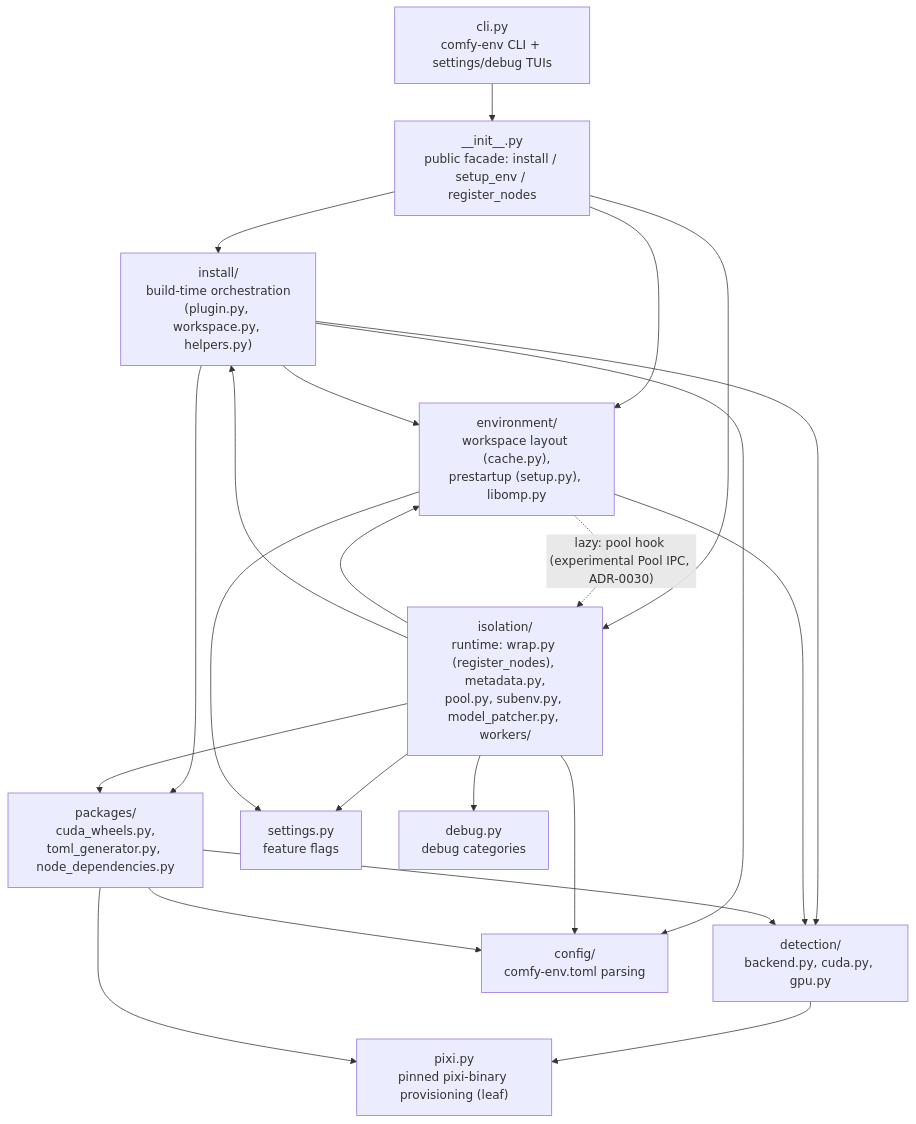
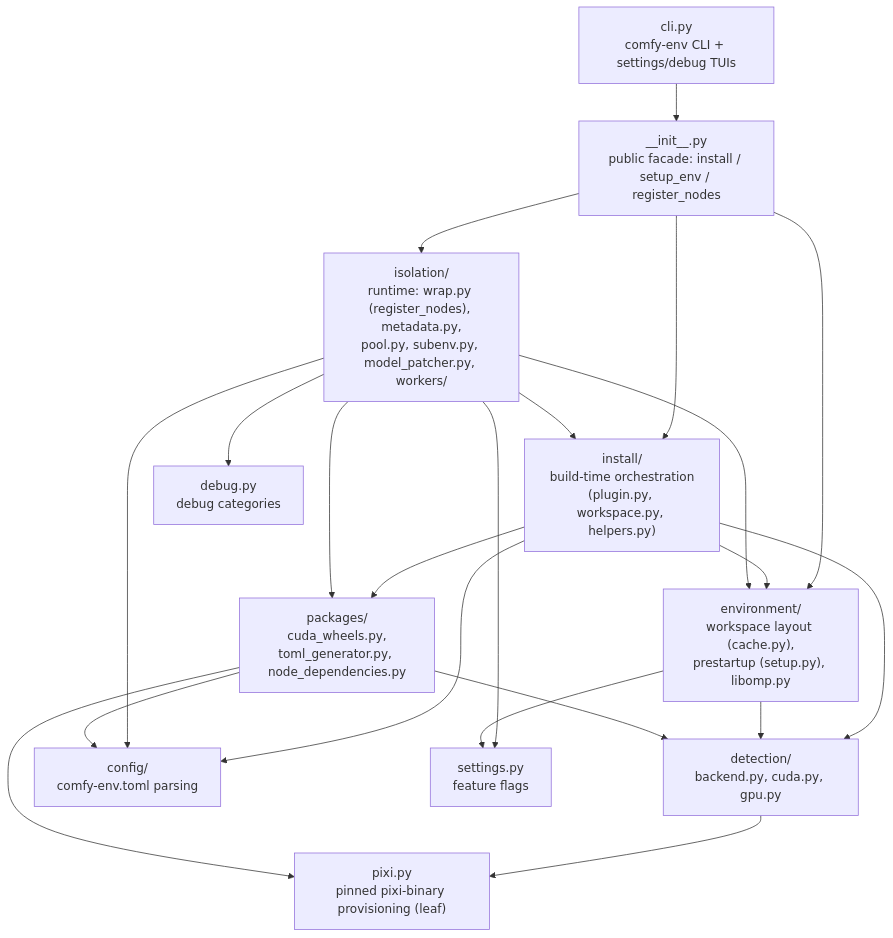
Before and after one commit to Comfy-Forge/comfy-forge-docs: the second of 4 diagrams in docs/comfy-env/index.md, drawn with Mermaid. The commit also changed other lines of this file and 9 other files, not shown here.

First line of the commit message:
docs: no remaining import cycles (0.4.22 deleted the parent-pool hook)

````diff
--- a/docs/comfy-env/index.md
+++ b/docs/comfy-env/index.md
@@ -369,36 +369,35 @@
 ```mermaid
 flowchart TD
     cli["cli.py<br/>comfy-env CLI + settings/debug TUIs"]
     facade["__init__.py<br/>public facade: install / setup_env / register_nodes"]
     install["install/<br/>build-time orchestration<br/>(plugin.py, workspace.py, helpers.py)"]
     isolation["isolation/<br/>runtime: wrap.py (register_nodes), metadata.py,<br/>pool.py, subenv.py, model_patcher.py, workers/"]
     environment["environment/<br/>workspace layout (cache.py),<br/>prestartup (setup.py), libomp.py"]
     packages["packages/<br/>cuda_wheels.py,<br/>toml_generator.py, node_dependencies.py"]
     detection["detection/<br/>backend.py, cuda.py, gpu.py"]
     pixi["pixi.py<br/>pinned pixi-binary provisioning (leaf)"]
     config["config/<br/>comfy-env.toml parsing"]
     settings["settings.py<br/>feature flags"]
     debug["debug.py<br/>debug categories"]
 
     cli --> facade
     facade --> install
     facade --> isolation
     facade --> environment
     install --> packages
     install --> environment
     install --> detection
     install --> config
     isolation --> environment
     isolation --> packages
     isolation --> install
     isolation --> config
     isolation --> settings
     isolation --> debug
     environment --> detection
     environment --> settings
     packages --> detection
     packages --> config
     detection --> pixi
     packages --> pixi
-    environment -.->|"lazy: pool hook (experimental Pool IPC, ADR-0030)"| isolation
 ```
````
